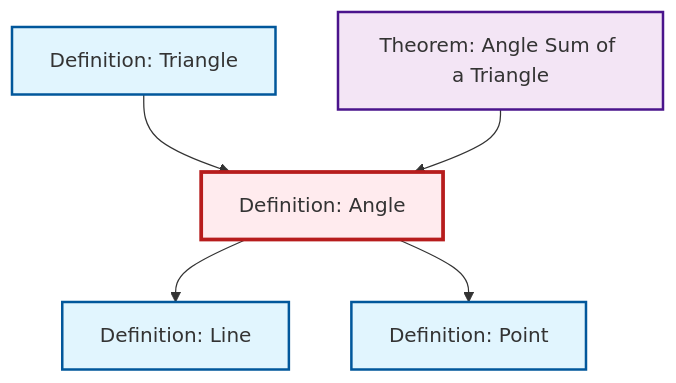
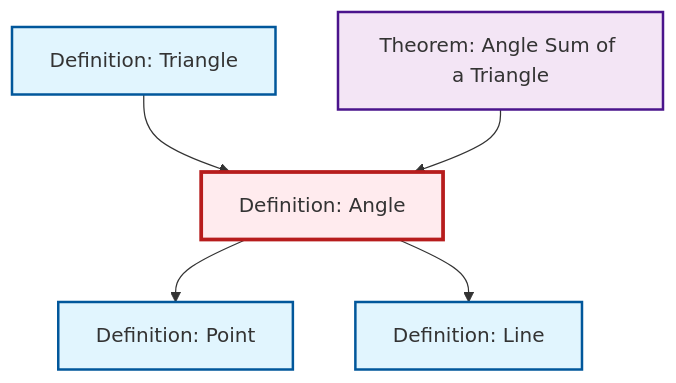
Before and after one commit to RK0429/ModernMath: the diagram in output/mermaid/def-angle.mermaid, drawn with Mermaid. The commit also changed other lines of this file and 581 other files, not shown here.

```diff
--- a/output/mermaid/def-angle.mermaid
+++ b/output/mermaid/def-angle.mermaid
@@ -1,17 +1,17 @@
 %%| fig-cap: "Local dependency graph"
 graph TD
     classDef definition fill:#e1f5fe,stroke:#01579b,stroke-width:2px
     classDef theorem fill:#f3e5f5,stroke:#4a148c,stroke-width:2px
     classDef axiom fill:#fff3e0,stroke:#e65100,stroke-width:2px
     classDef example fill:#e8f5e9,stroke:#1b5e20,stroke-width:2px
     classDef current fill:#ffebee,stroke:#b71c1c,stroke-width:3px
+    def-point["Definition: Point"]:::definition
+    def-triangle["Definition: Triangle"]:::definition
     def-line["Definition: Line"]:::definition
-    def-triangle["Definition: Triangle"]:::definition
-    def-point["Definition: Point"]:::definition
     thm-angle-sum-triangle["Theorem: Angle Sum of a Triangle"]:::theorem
     def-angle["Definition: Angle"]:::definition
+    def-angle --> def-point
+    def-angle --> def-line
     def-triangle --> def-angle
-    def-angle --> def-line
     thm-angle-sum-triangle --> def-angle
-    def-angle --> def-point
     class def-angle current
```
